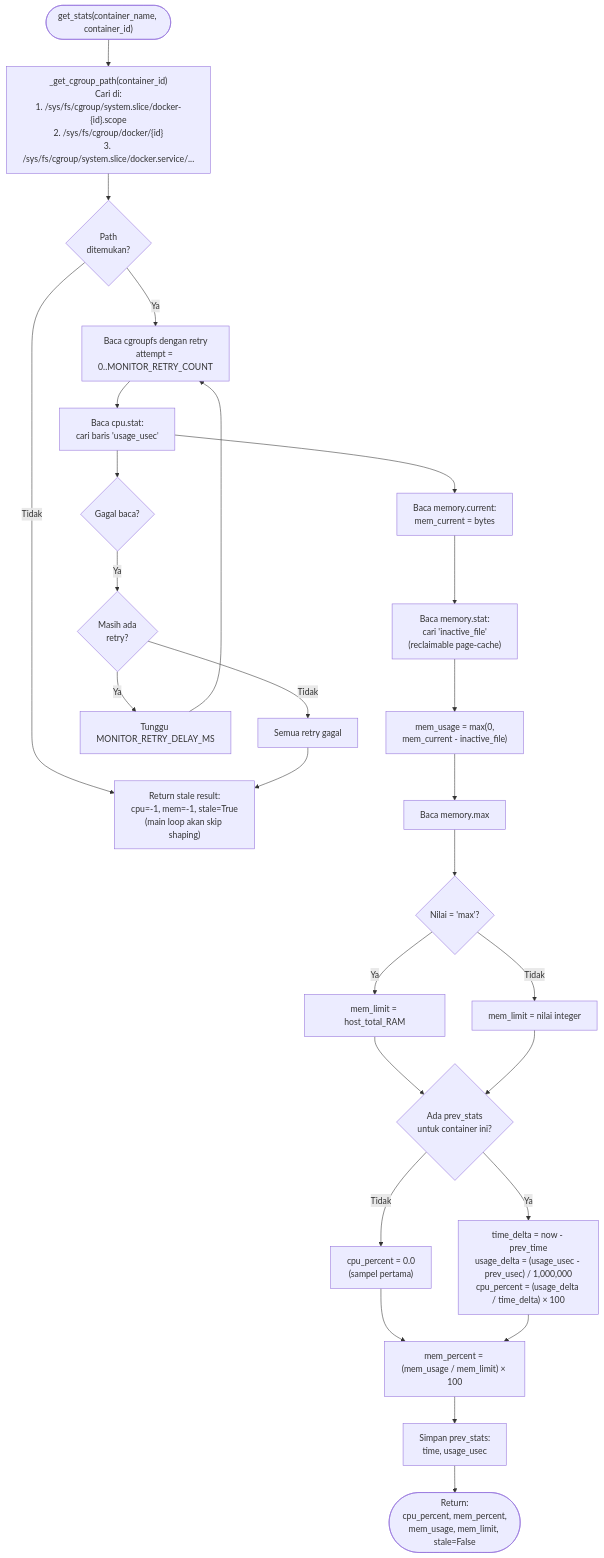
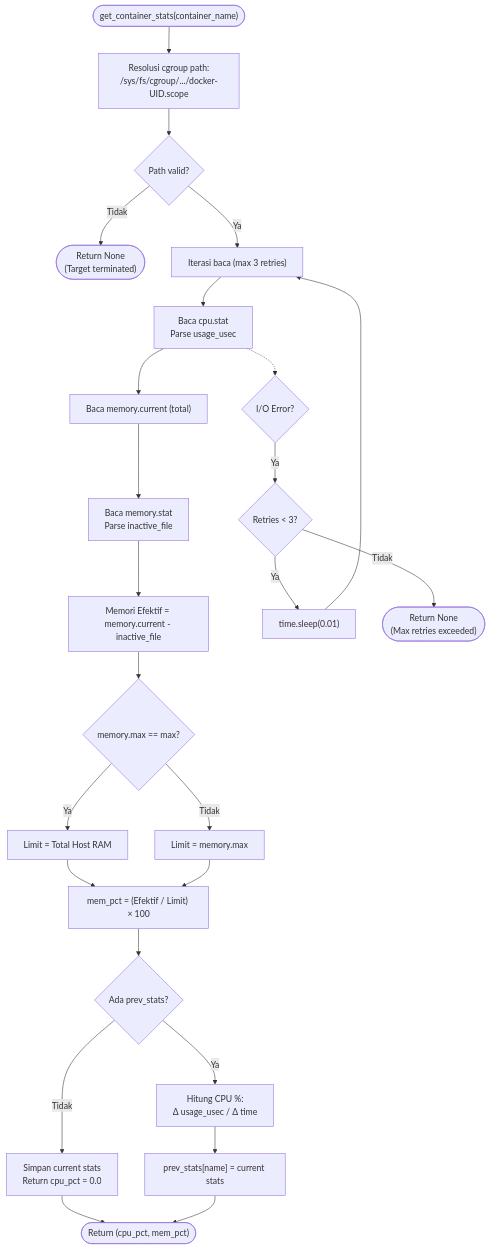
Before and after one commit to fauzanreza/green-container-framework: the first of 3 diagrams in architecture-diagrams/layer-2-monitor/01_monitor_get_stats.md, drawn with Mermaid. The commit also changed other lines of this file and 13 other files, not shown here.

Commit message:
edit fitur, menambahkan Architecture Diagram

````diff
--- a/architecture-diagrams/layer-2-monitor/01_monitor_get_stats.md
+++ b/architecture-diagrams/layer-2-monitor/01_monitor_get_stats.md
@@ -9,64 +9,65 @@
 ```mermaid
 flowchart TD
-    START(["get_stats(container_name, container_id)"])
+    START(["get_container_stats(container_name)"])
 
-    FIND_CGROUP["_get_cgroup_path(container_id)<br/>Cari di:<br/>1. /sys/fs/cgroup/system.slice/docker-{id}.scope<br/>2. /sys/fs/cgroup/docker/{id}<br/>3. /sys/fs/cgroup/system.slice/docker.service/..."]
-    
-    CGROUP_FOUND{"Path<br/>ditemukan?"}
-    STALE_RET["Return stale result:<br/>cpu=-1, mem=-1, stale=True<br/>(main loop akan skip shaping)"]
+    RESOLVE_PATH["Resolusi cgroup path:<br/>/sys/fs/cgroup/.../docker-UID.scope"]
+    CGROUP_FOUND{"Path valid?"}
+    STALE_RET(["Return None<br/>(Target terminated)"])
 
-    RETRY_LOOP["Baca cgroupfs dengan retry<br/>attempt = 0..MONITOR_RETRY_COUNT"]
+    RETRY_LOOP["Iterasi baca (max 3 retries)"]
 
-    READ_CPU["Baca cpu.stat:<br/>cari baris 'usage_usec'"]
-    READ_MEM_CURRENT["Baca memory.current:<br/>mem_current = bytes"]
-    READ_MEM_STAT["Baca memory.stat:<br/>cari 'inactive_file'<br/>(reclaimable page-cache)"]
-    CALC_MEM["mem_usage = max(0,<br/>mem_current - inactive_file)"]
-    READ_MEM_MAX["Baca memory.max"]
-    MEM_MAX_CHECK{"Nilai = 'max'?"}
-    USE_HOST_MEM["mem_limit = host_total_RAM"]
-    USE_LIMIT["mem_limit = nilai integer"]
+    READ_CPU["Baca cpu.stat<br/>Parse usage_usec"]
+    READ_MEM["Baca memory.current (total)"]
+    READ_INACT["Baca memory.stat<br/>Parse inactive_file"]
 
-    READ_FAIL{"Gagal baca?"}
-    RETRY{"Masih ada<br/>retry?"}
-    RETRY_WAIT["Tunggu MONITOR_RETRY_DELAY_MS"]
-    ALL_FAIL["Semua retry gagal"]
+    CALC_MEM["Memori Efektif = memory.current - inactive_file"]
 
-    HAS_PREV{"Ada prev_stats<br/>untuk container ini?"}
-    FIRST_SAMPLE["cpu_percent = 0.0<br/>(sampel pertama)"]
-    CALC_CPU["time_delta = now - prev_time<br/>usage_delta = (usage_usec - prev_usec) / 1,000,000<br/>cpu_percent = (usage_delta / time_delta) × 100"]
-    CALC_MEM_PCT["mem_percent = (mem_usage / mem_limit) × 100"]
+    MEM_MAX_CHECK{"memory.max == max?"}
+    USE_HOST_MEM["Limit = Total Host RAM"]
+    USE_LIMIT["Limit = memory.max"]
 
-    SAVE["Simpan prev_stats:<br/>time, usage_usec"]
+    CALC_MEM_PCT["mem_pct = (Efektif / Limit) × 100"]
 
-    RETURN(["Return:<br/>cpu_percent, mem_percent,<br/>mem_usage, mem_limit, stale=False"])
+    READ_FAIL{"I/O Error?"}
+    RETRY{"Retries < 3?"}
+    RETRY_WAIT["time.sleep(0.01)"]
+    ALL_FAIL(["Return None<br/>(Max retries exceeded)"])
 
-    START --> FIND_CGROUP
-    FIND_CGROUP --> CGROUP_FOUND
+    HAS_PREV{"Ada prev_stats?"}
+    FIRST_SAMPLE["Simpan current stats<br/>Return cpu_pct = 0.0"]
+
+    CALC_CPU["Hitung CPU %:<br/>Δ usage_usec / Δ time"]
+
+    SAVE_STATE["prev_stats[name] = current stats"]
+
+    RETURN(["Return (cpu_pct, mem_pct)"])
+
+    START --> RESOLVE_PATH
+    RESOLVE_PATH --> CGROUP_FOUND
     CGROUP_FOUND -->|Tidak| STALE_RET
     CGROUP_FOUND -->|Ya| RETRY_LOOP
 
     RETRY_LOOP --> READ_CPU
-    READ_CPU --> READ_MEM_CURRENT
-    READ_MEM_CURRENT --> READ_MEM_STAT
-    READ_MEM_STAT --> CALC_MEM
-    CALC_MEM --> READ_MEM_MAX
-    READ_MEM_MAX --> MEM_MAX_CHECK
+    READ_CPU --> READ_MEM
+    READ_MEM --> READ_INACT
+    READ_INACT --> CALC_MEM
+    CALC_MEM --> MEM_MAX_CHECK
     MEM_MAX_CHECK -->|Ya| USE_HOST_MEM
     MEM_MAX_CHECK -->|Tidak| USE_LIMIT
+    USE_HOST_MEM --> CALC_MEM_PCT
+    USE_LIMIT --> CALC_MEM_PCT
 
-    READ_CPU --> READ_FAIL
+    READ_CPU -.-> READ_FAIL
     READ_FAIL -->|Ya| RETRY
     RETRY -->|Ya| RETRY_WAIT
     RETRY_WAIT --> RETRY_LOOP
     RETRY -->|Tidak| ALL_FAIL
-    ALL_FAIL --> STALE_RET
 
-    USE_HOST_MEM --> HAS_PREV
-    USE_LIMIT --> HAS_PREV
+    CALC_MEM_PCT --> HAS_PREV
     HAS_PREV -->|Tidak| FIRST_SAMPLE
     HAS_PREV -->|Ya| CALC_CPU
-    FIRST_SAMPLE --> CALC_MEM_PCT
-    CALC_CPU --> CALC_MEM_PCT
-    CALC_MEM_PCT --> SAVE
-    SAVE --> RETURN
+
+    CALC_CPU --> SAVE_STATE
+    FIRST_SAMPLE --> RETURN
+    SAVE_STATE --> RETURN
 ```
````
